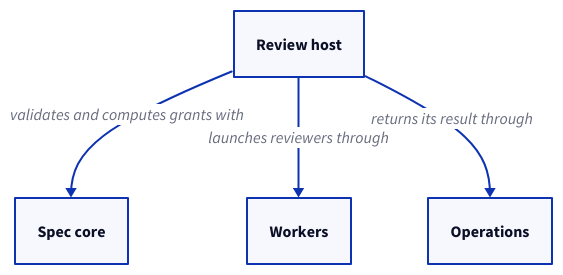
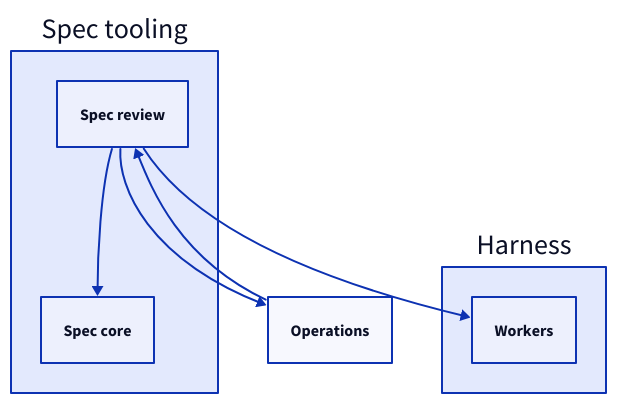
The second of 2 diagrams in specs/concorde/spec-tooling/spec-review/module.md (FTOD/concorde), drawn with D2 before and after one commit. The commit also changed other lines of this file and 13 other files, not shown here.

First line of the commit message:
Let a Module's own title name the Module in its own diagrams

````diff
--- a/specs/concorde/spec-tooling/spec-review/module.md
+++ b/specs/concorde/spec-tooling/spec-review/module.md
@@ -116,9 +118,14 @@
 ```d2
-host: Review host
-core: Spec core
-workers: Workers
+tooling: Spec tooling {
+  review: Spec review
+  core: Spec core
+  review -> core
+}
+harness: Harness {
+  workers: Workers
+}
 operations: Operations
-host -> core: validates and computes grants with
-host -> workers: launches reviewers through
-host -> operations: returns its result through
+tooling.review -> harness.workers
+tooling.review -> operations
+operations -> tooling.review
 ```
````
